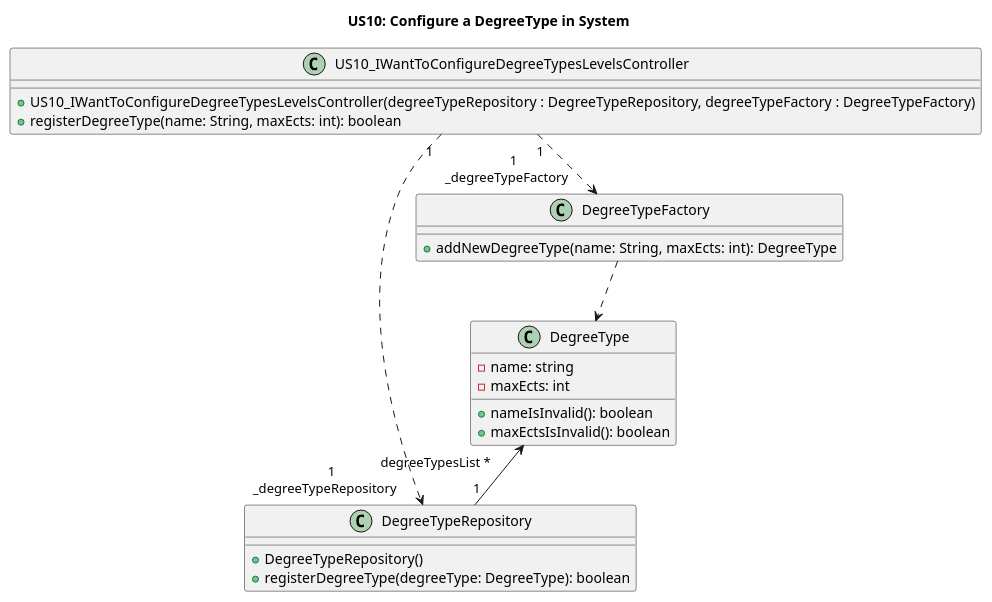
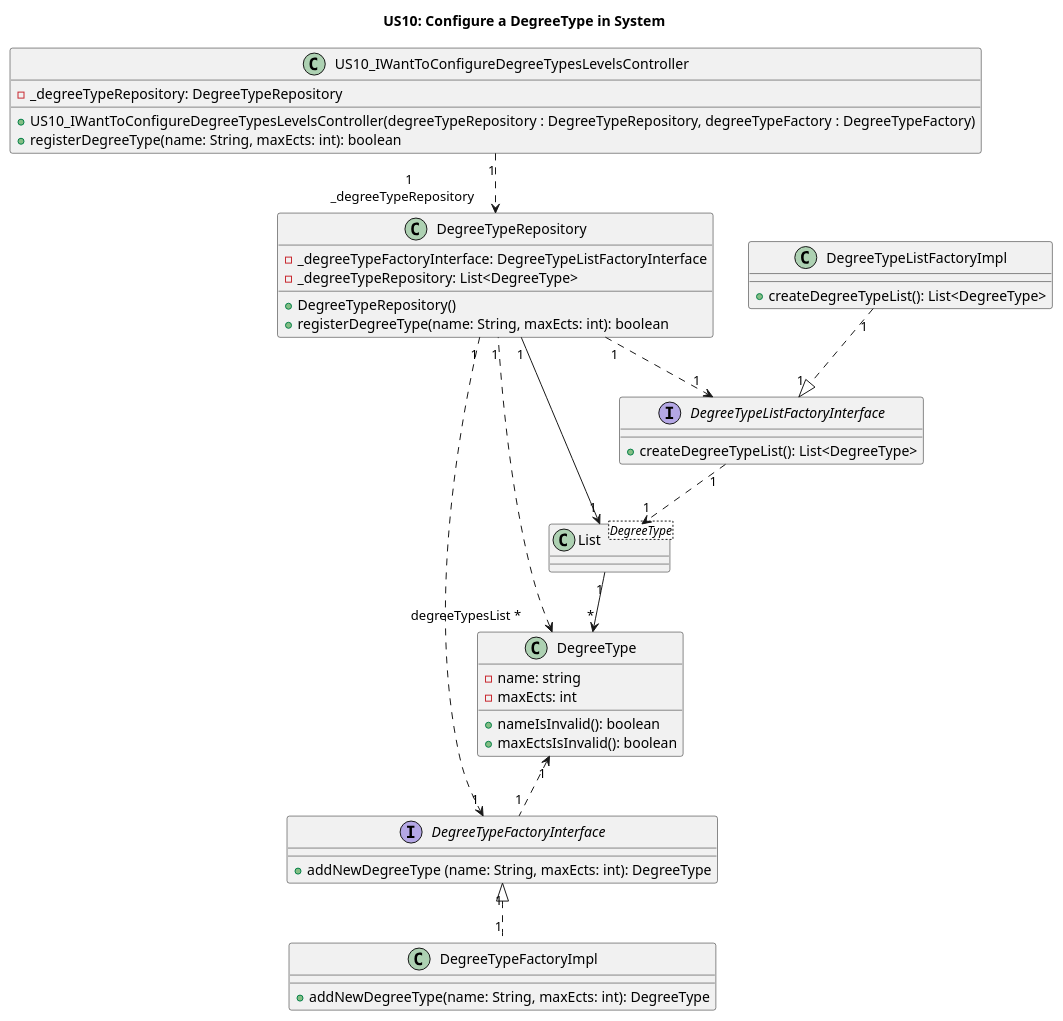
The diagram in docs/US10/US10_ConfigureDegreeTypeInSystemClassDiagram.puml (GasparISEP/DevOps-PAI), drawn with PlantUML before and after one commit. The commit also changed 2 other files, not shown here.

Commit message:
Update US10 Diagrams.

```diff
--- a/docs/US10/US10_ConfigureDegreeTypeInSystemClassDiagram.puml
+++ b/docs/US10/US10_ConfigureDegreeTypeInSystemClassDiagram.puml
@@ -1,30 +1,53 @@
 @startuml
 title US10: Configure a DegreeType in System
 
 class US10_IWantToConfigureDegreeTypesLevelsController {
+    -_degreeTypeRepository: DegreeTypeRepository
     +US10_IWantToConfigureDegreeTypesLevelsController(degreeTypeRepository : DegreeTypeRepository, degreeTypeFactory : DegreeTypeFactory)
     +registerDegreeType(name: String, maxEcts: int): boolean
 }
 
 class DegreeType {
     - name: string
     - maxEcts: int
     + nameIsInvalid(): boolean
     + maxEctsIsInvalid(): boolean
 }
 
 class DegreeTypeRepository {
+    -_degreeTypeFactoryInterface: DegreeTypeListFactoryInterface
+    -_degreeTypeRepository: List<DegreeType>
     +DegreeTypeRepository()
-    +registerDegreeType(degreeType: DegreeType): boolean
+    +registerDegreeType(name: String, maxEcts: int): boolean
 }
 
-class DegreeTypeFactory {
+class DegreeTypeFactoryImpl {
     +addNewDegreeType(name: String, maxEcts: int): DegreeType
 }
 
+interface DegreeTypeFactoryInterface {
+    +addNewDegreeType (name: String, maxEcts: int): DegreeType
+    }
+
+class List<DegreeType> {}
+
+interface DegreeTypeListFactoryInterface {
+    +createDegreeTypeList(): List<DegreeType>
+    }
+
+class DegreeTypeListFactoryImpl {
+    +createDegreeTypeList(): List<DegreeType>
+    }
+
 US10_IWantToConfigureDegreeTypesLevelsController "1" ..> "1\n_degreeTypeRepository    " DegreeTypeRepository
-US10_IWantToConfigureDegreeTypesLevelsController "1" ..> "1\n_degreeTypeFactory    " DegreeTypeFactory
-DegreeType "degreeTypesList *      " <-- "1" DegreeTypeRepository
-DegreeTypeFactory ..> DegreeType
+DegreeType "degreeTypesList *      " <.. "1" DegreeTypeRepository
+DegreeTypeListFactoryInterface "1" ..> "1" List
+DegreeTypeRepository "1" ..> "1" DegreeTypeFactoryInterface
+DegreeTypeFactoryInterface "1" <|.. "1" DegreeTypeFactoryImpl
+DegreeType "1" <.. "1" DegreeTypeFactoryInterface
+List "1" --> "*" DegreeType
+DegreeTypeRepository "1" --> "1" List
+DegreeTypeRepository "1" ..> "1" DegreeTypeListFactoryInterface
+DegreeTypeListFactoryImpl "1" ..|> "1" DegreeTypeListFactoryInterface
 
 @enduml
```
